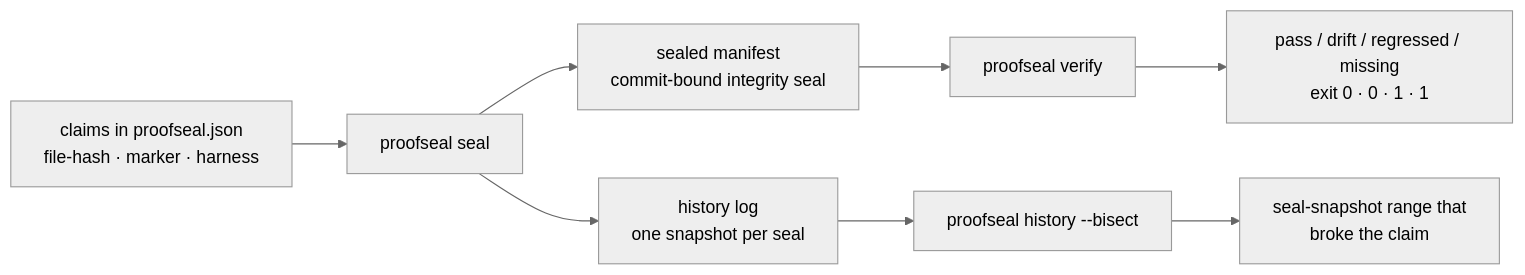
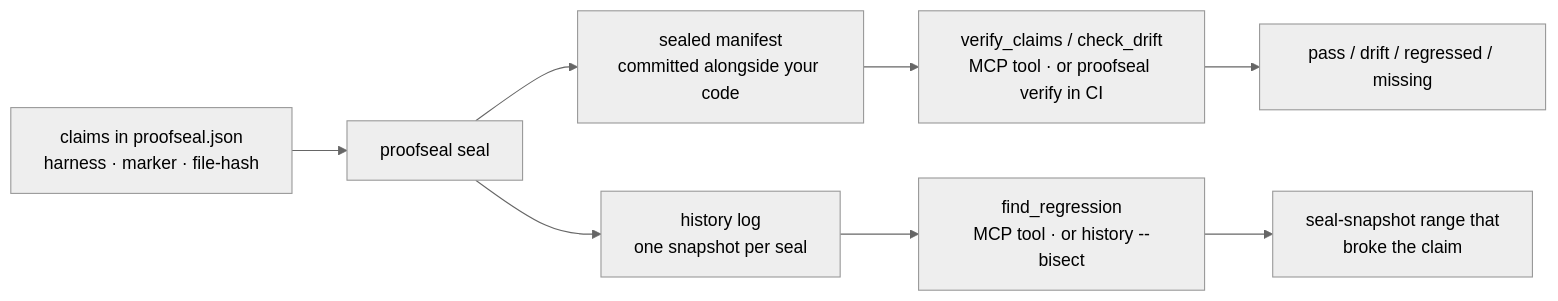
Before and after one commit to rudycelekli/proofseal: the diagram in README.md, drawn with Mermaid (neutral theme). The commit also changed other lines of this file and 30 other files, not shown here.

````diff
--- a/README.md
+++ b/README.md
@@ -14,10 +18,10 @@
 ```mermaid
 flowchart LR
-    A[claims in proofseal.json<br/>file-hash · marker · harness] --> B[proofseal seal]
-    B --> C[sealed manifest<br/>commit-bound integrity seal]
+    A[claims in proofseal.json<br/>harness · marker · file-hash] --> B[proofseal seal]
+    B --> C[sealed manifest<br/>committed alongside your code]
     B --> D[history log<br/>one snapshot per seal]
-    C --> E[proofseal verify]
-    E --> F[pass / drift / regressed / missing<br/>exit 0 · 0 · 1 · 1]
-    D --> G[proofseal history --bisect]
+    C --> E[verify_claims / check_drift<br/>MCP tool · or proofseal verify in CI]
+    E --> F[pass / drift / regressed / missing]
+    D --> G[find_regression<br/>MCP tool · or history --bisect]
     G --> H[seal-snapshot range that<br/>broke the claim]
 ```
````
